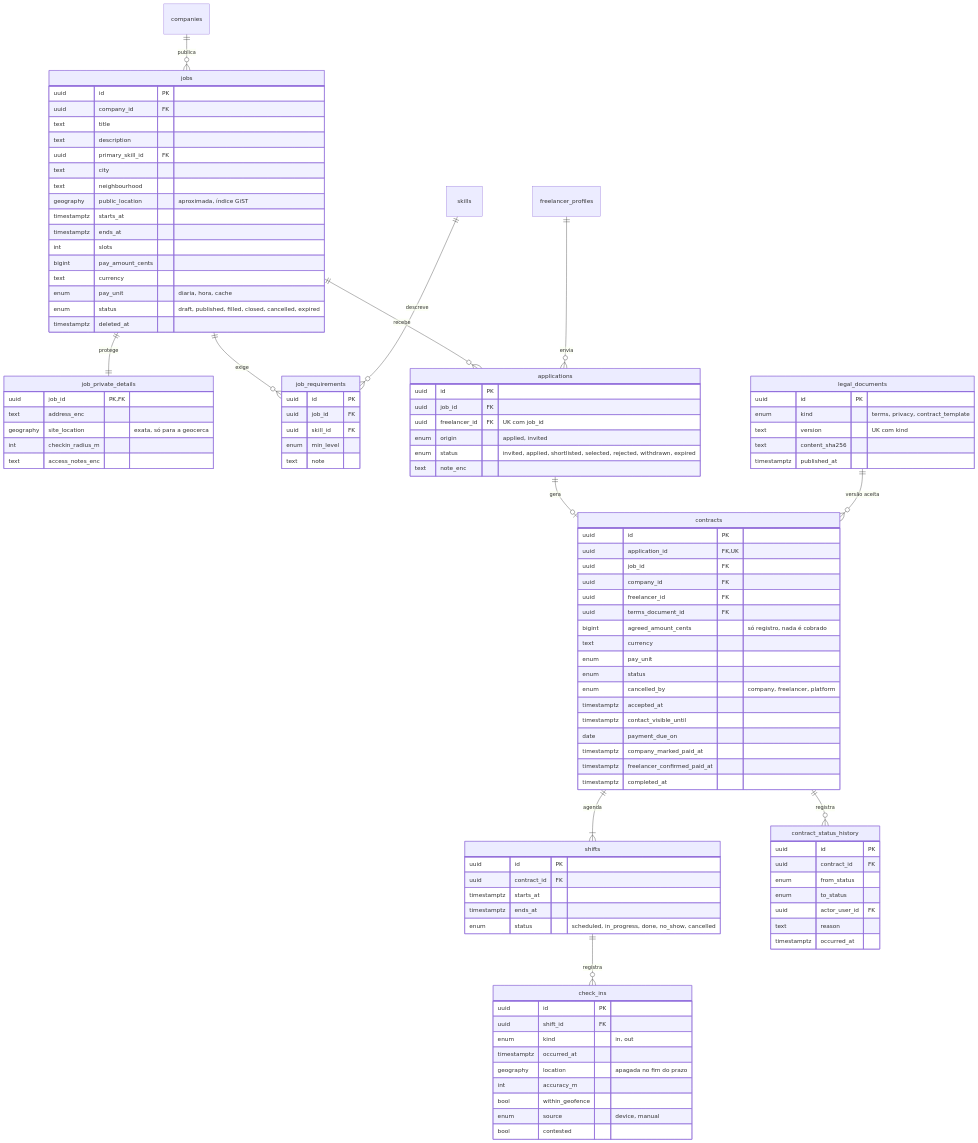
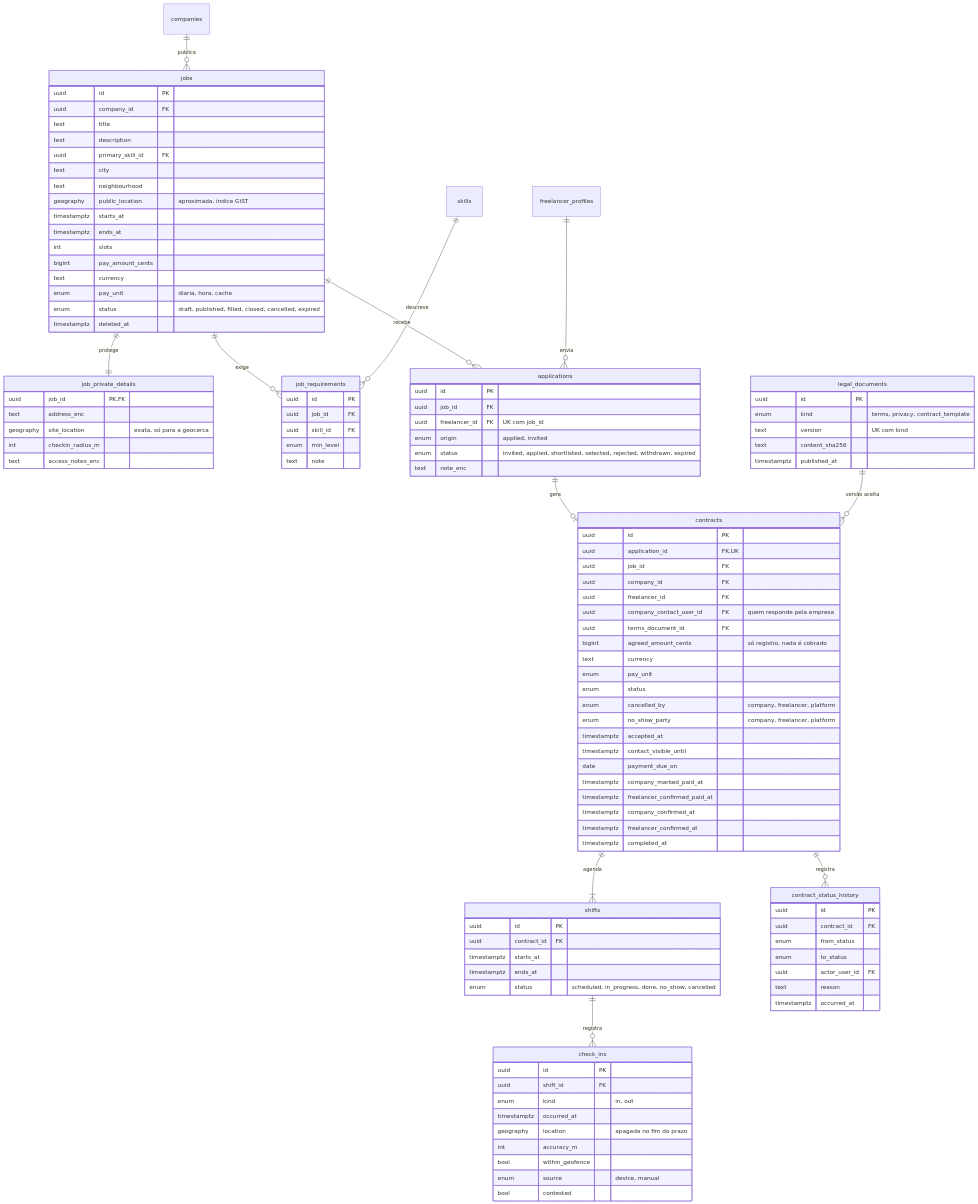
One commit to marqluiz-iaeng/escala-app changed the seventh of 13 diagrams in docs/PLAN.md. Above: the diagram before and after it, drawn with Mermaid. The commit also changed other lines of this file and 11 other files, not shown here.

```diff
--- a/docs/PLAN.md
+++ b/docs/PLAN.md
@@ -475,17 +479,21 @@
     uuid job_id FK
     uuid company_id FK
     uuid freelancer_id FK
+    uuid company_contact_user_id FK "quem responde pela empresa"
     uuid terms_document_id FK
     bigint agreed_amount_cents "só registro, nada é cobrado"
     text currency
     enum pay_unit
     enum status
     enum cancelled_by "company, freelancer, platform"
+    enum no_show_party "company, freelancer, platform"
     timestamptz accepted_at
     timestamptz contact_visible_until
     date payment_due_on
     timestamptz company_marked_paid_at
     timestamptz freelancer_confirmed_paid_at
+    timestamptz company_confirmed_at
+    timestamptz freelancer_confirmed_at
     timestamptz completed_at
   }
   shifts {
```
